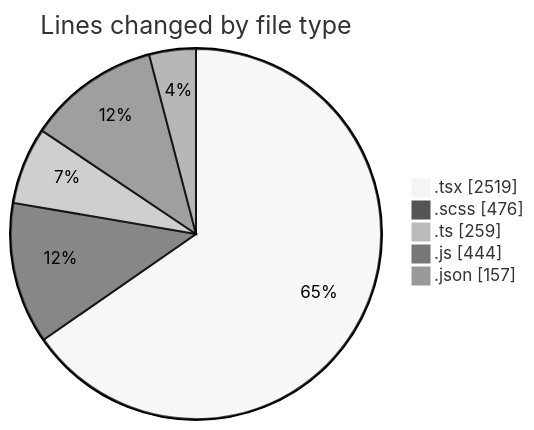
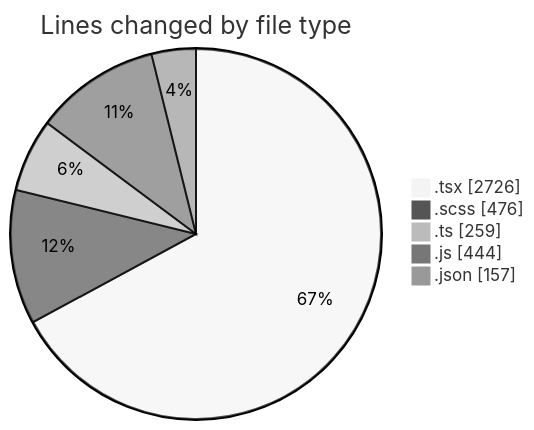
One commit to momahboobian/code-tracking changed the first of 2 diagrams in 2026-04-23/cda/README.md. Above: the diagram before and after it, drawn with Mermaid (neutral theme). The commit also changed other lines of this file and 1 other file, not shown here.

````diff
--- a/2026-04-23/cda/README.md
+++ b/2026-04-23/cda/README.md
@@ -39,9 +39,9 @@
 ```mermaid
 pie showData
 title Lines changed by file type
-".tsx" : 2519
+".tsx" : 2726
 ".scss" : 476
 ".ts" : 259
 ".js" : 444
 ".json" : 157
 ```
````
